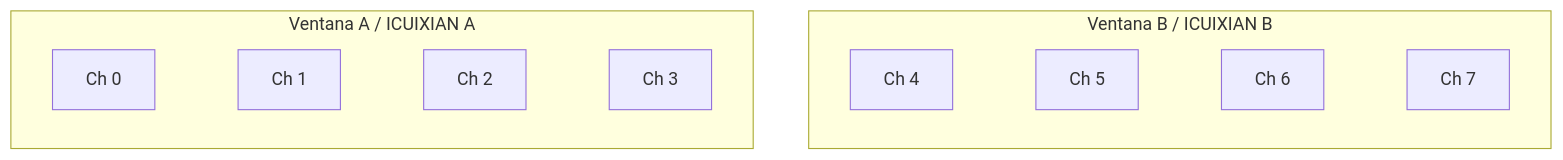
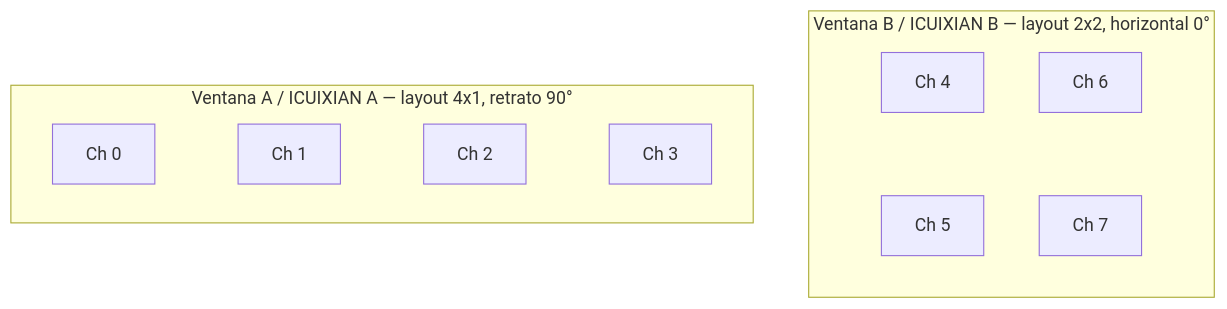
One commit to Lessnullvoid/Partitura_del_Juego changed the second of 8 diagrams in README.md. Above: the diagram before and after it, drawn with Mermaid. The commit also changed other lines of this file and 103 other files, not shown here.

````diff
--- a/README.md
+++ b/README.md
@@ -39,12 +45,13 @@
 ```mermaid
 flowchart LR
-    subgraph BA["Ventana A / ICUIXIAN A"]
+    subgraph BA["Ventana A / ICUIXIAN A — layout 4x1, retrato 90°"]
         direction LR
         P0["Ch 0"] ~~~ P1["Ch 1"] ~~~ P2["Ch 2"] ~~~ P3["Ch 3"]
     end
-    subgraph BB["Ventana B / ICUIXIAN B"]
-        direction LR
-        P4["Ch 4"] ~~~ P5["Ch 5"] ~~~ P6["Ch 6"] ~~~ P7["Ch 7"]
+    subgraph BB["Ventana B / ICUIXIAN B — layout 2x2, horizontal 0°"]
+        direction TB
+        P4["Ch 4"] ~~~ P5["Ch 5"]
+        P6["Ch 6"] ~~~ P7["Ch 7"]
     end
     BA ~~~ BB
 ```
````
